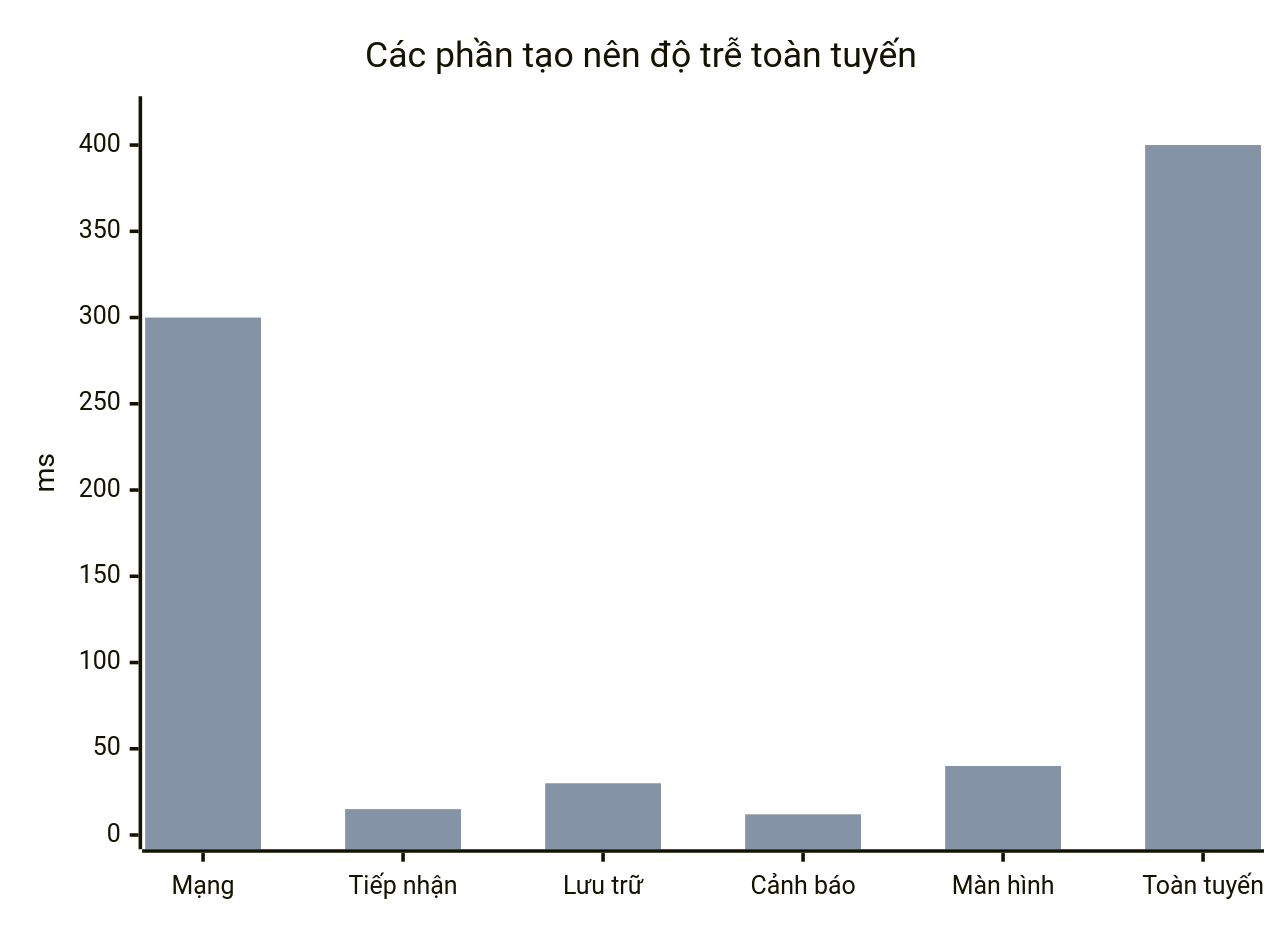
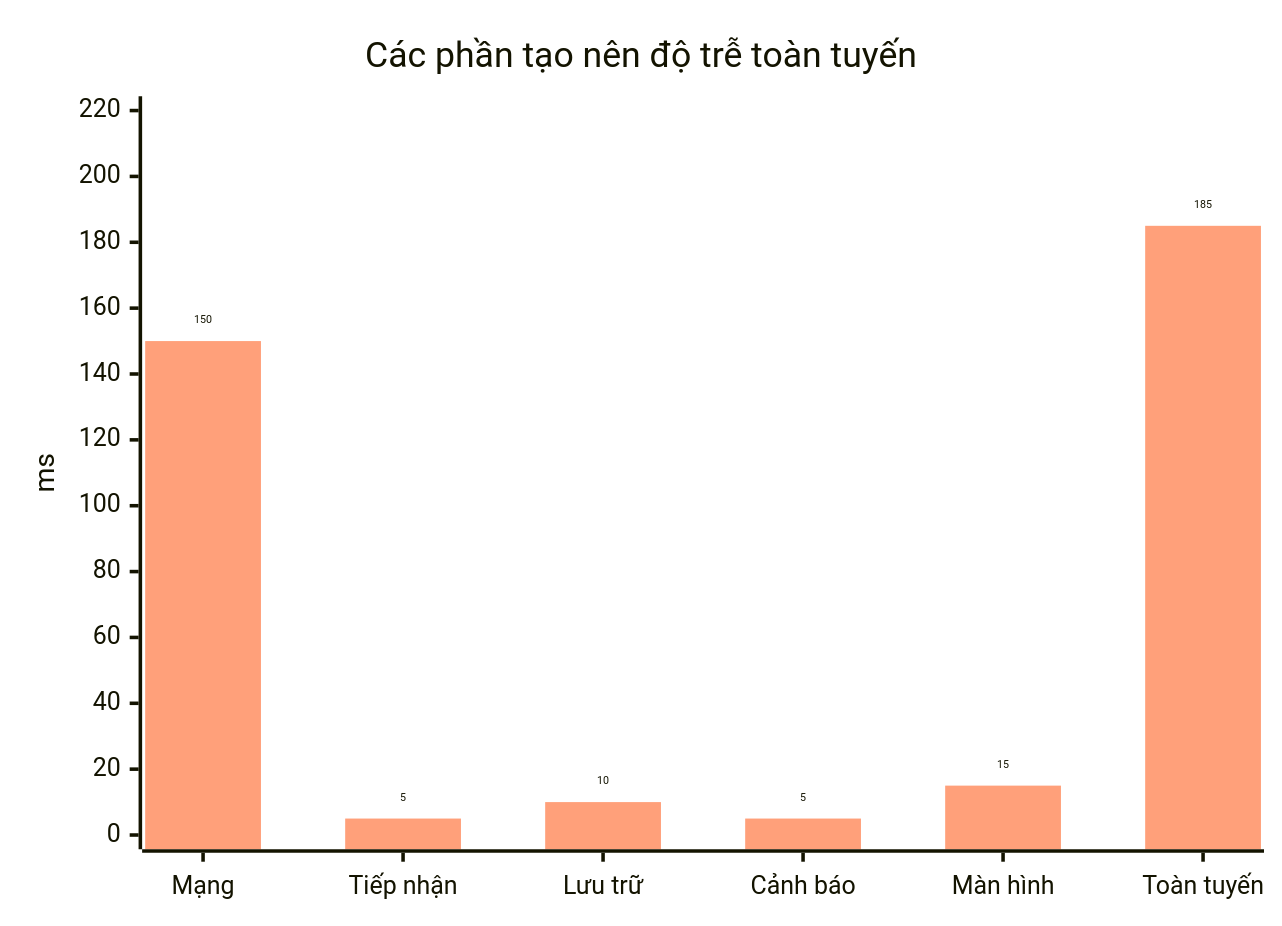
One commit to anmh1205/IoT_Vehicle_Tracking_System changed the diagram in resources/reports/thesis/final/assets/uml/10-chuong-4-ket-qua-do-luong-hinh-4-30.mmd. Above: the diagram before and after it, drawn with Mermaid. The commit also changed 75 other files, not shown here.

```diff
--- a/resources/reports/thesis/final/assets/uml/10-chuong-4-ket-qua-do-luong-hinh-4-30.mmd
+++ b/resources/reports/thesis/final/assets/uml/10-chuong-4-ket-qua-do-luong-hinh-4-30.mmd
@@ -1,6 +1,14 @@
+---
+config:
+  xyChart:
+    showDataLabel: true
+    showDataLabelOutsideBar: true
+  themeVariables:
+    xyChart:
+      plotColorPalette: "#FFA07A"
+---
 xychart-beta
     title "Các phần tạo nên độ trễ toàn tuyến"
     x-axis ["Mạng", "Tiếp nhận", "Lưu trữ", "Cảnh báo", "Màn hình", "Toàn tuyến"]
-    y-axis "ms" 0 --> 420
-    bar "Mức điển hình" [150, 5, 10, 5, 15, 185]
-    bar "Mức cao quan sát được" [300, 15, 30, 12, 40, 400]
+    y-axis "ms" 0 --> 220
+    bar [150, 5, 10, 5, 15, 185]
```
